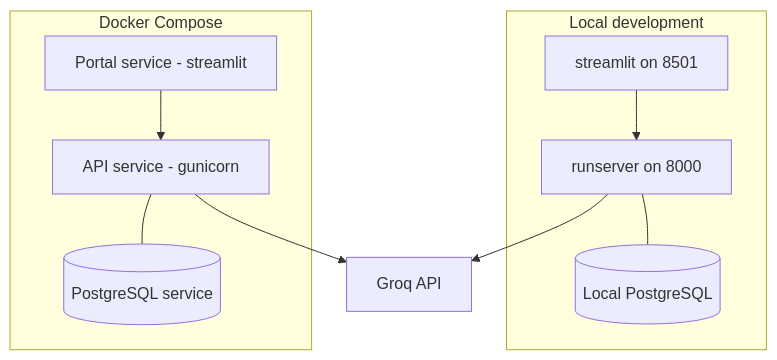
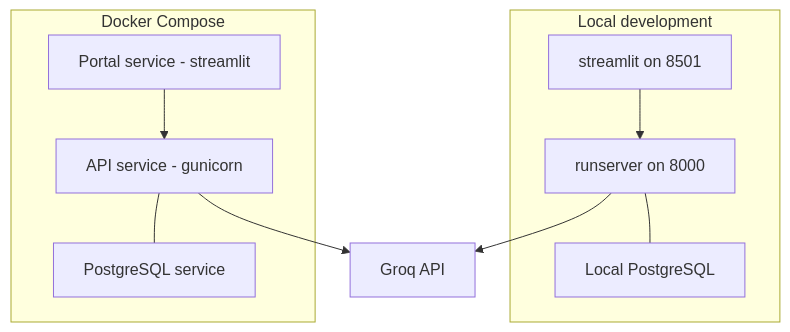
Diagram 21 of 21 in README.md (Yousef-7ossam/Roshada), drawn with Mermaid before and after one commit. The commit also changed other lines of this file and 1 other file, not shown here.

````diff
--- a/README.md
+++ b/README.md
@@ -956,20 +975,20 @@
 ```mermaid
 graph TB
     subgraph Local["Local development"]
         LD[runserver on 8000]
         LS[streamlit on 8501]
-        LP[(Local PostgreSQL)]
+        LP[Local PostgreSQL]
         LD --- LP
         LS --> LD
     end
     subgraph Container["Docker Compose"]
         CA[API service - gunicorn]
         CU[Portal service - streamlit]
-        CP[(PostgreSQL service)]
+        CP[PostgreSQL service]
         CA --- CP
         CU --> CA
     end
     EXT[Groq API]
     LD --> EXT
     CA --> EXT
 ```
````
